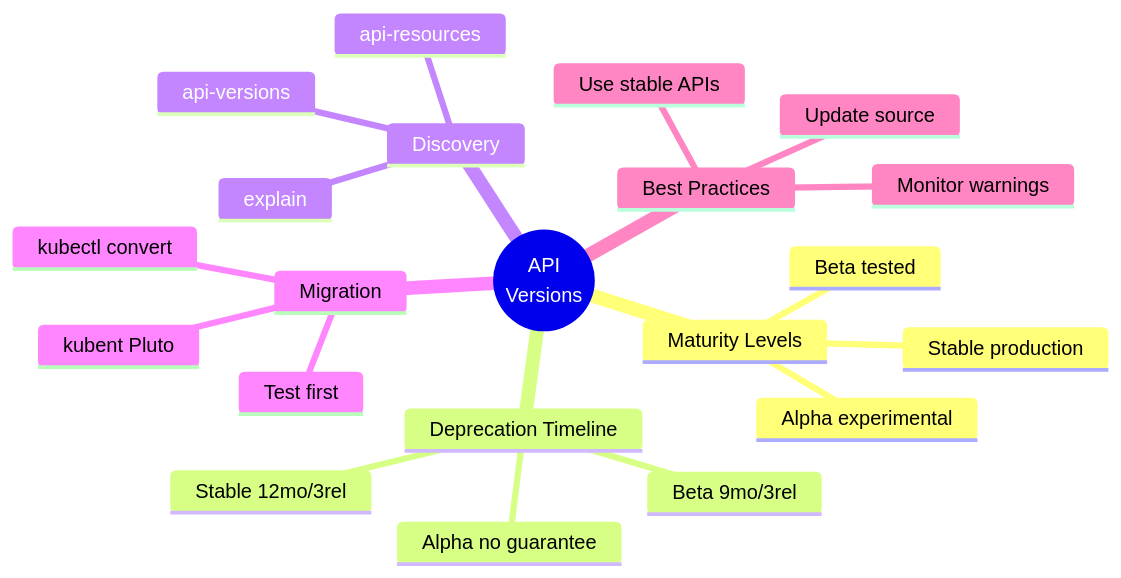
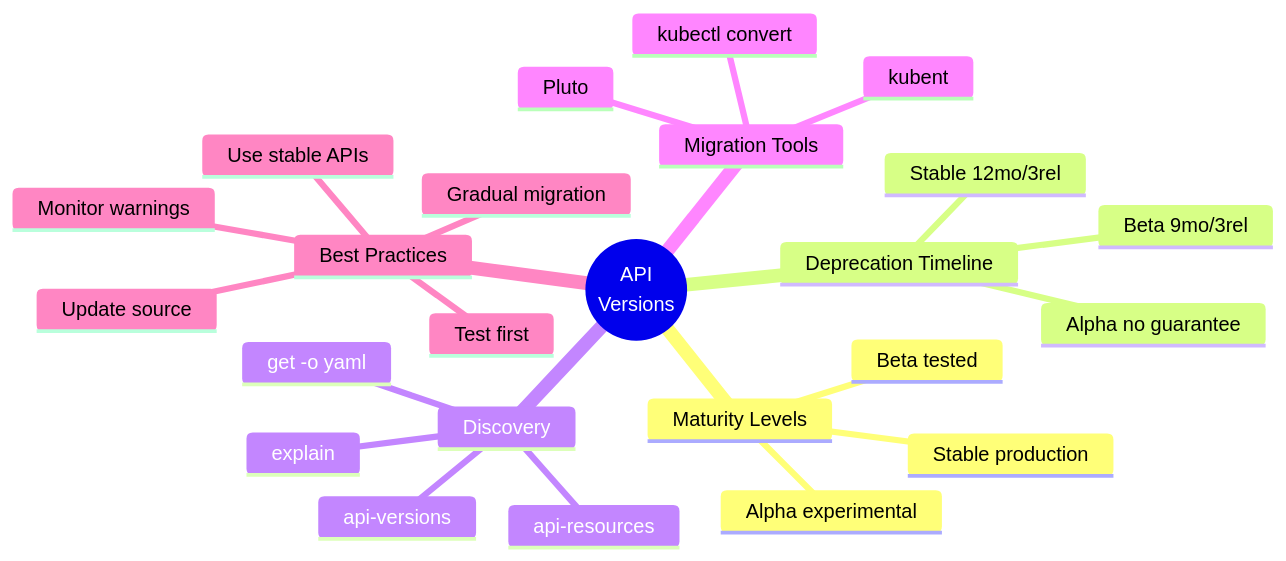
Before and after one commit to courselabs/kubernetes: the eighth of 9 diagrams in slides/api-versions/slides.md, drawn with Mermaid. The commit also changed other lines of this file and 7 other files, not shown here.

````diff
--- a/slides/api-versions/slides.md
+++ b/slides/api-versions/slides.md
@@ -435,24 +633,27 @@
 ```mermaid
 mindmap
   root((API<br/>Versions))
     Maturity Levels
       Alpha experimental
       Beta tested
       Stable production
     Deprecation Timeline
       Stable 12mo/3rel
       Beta 9mo/3rel
       Alpha no guarantee
     Discovery
       api-versions
       api-resources
       explain
-    Migration
+      get -o yaml
+    Migration Tools
       kubectl convert
-      kubent Pluto
-      Test first
+      kubent
+      Pluto
     Best Practices
       Use stable APIs
       Monitor warnings
+      Test first
       Update source
+      Gradual migration
 ```
````
